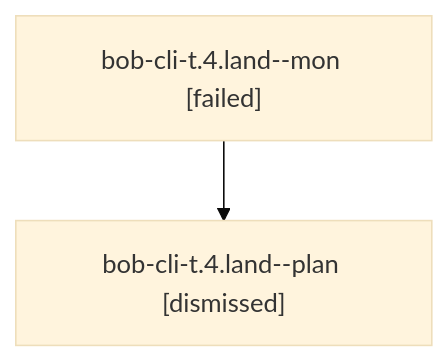
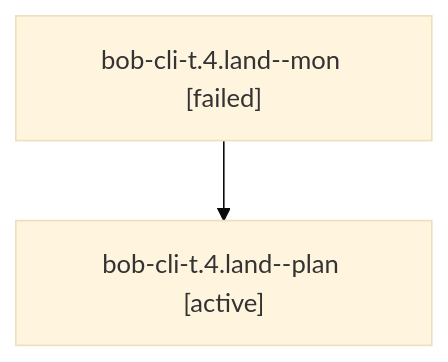
The diagram in families/bbugyi200.athena.bob-cli-t.4.land.md (bobs-org/bob-cli--agents), drawn with Mermaid (base theme) before and after one commit. The commit also changed other lines of this file and 1279 other files, not shown here.

````diff
--- a/families/bbugyi200.athena.bob-cli-t.4.land.md
+++ b/families/bbugyi200.athena.bob-cli-t.4.land.md
@@ -9,6 +9,6 @@
 ```mermaid
 flowchart TD
   n0["bob-cli-t.4.land--mon [failed]"]
-  n1["bob-cli-t.4.land--plan [dismissed]"]
+  n1["bob-cli-t.4.land--plan [active]"]
   n0 --> n1
 ```
````
